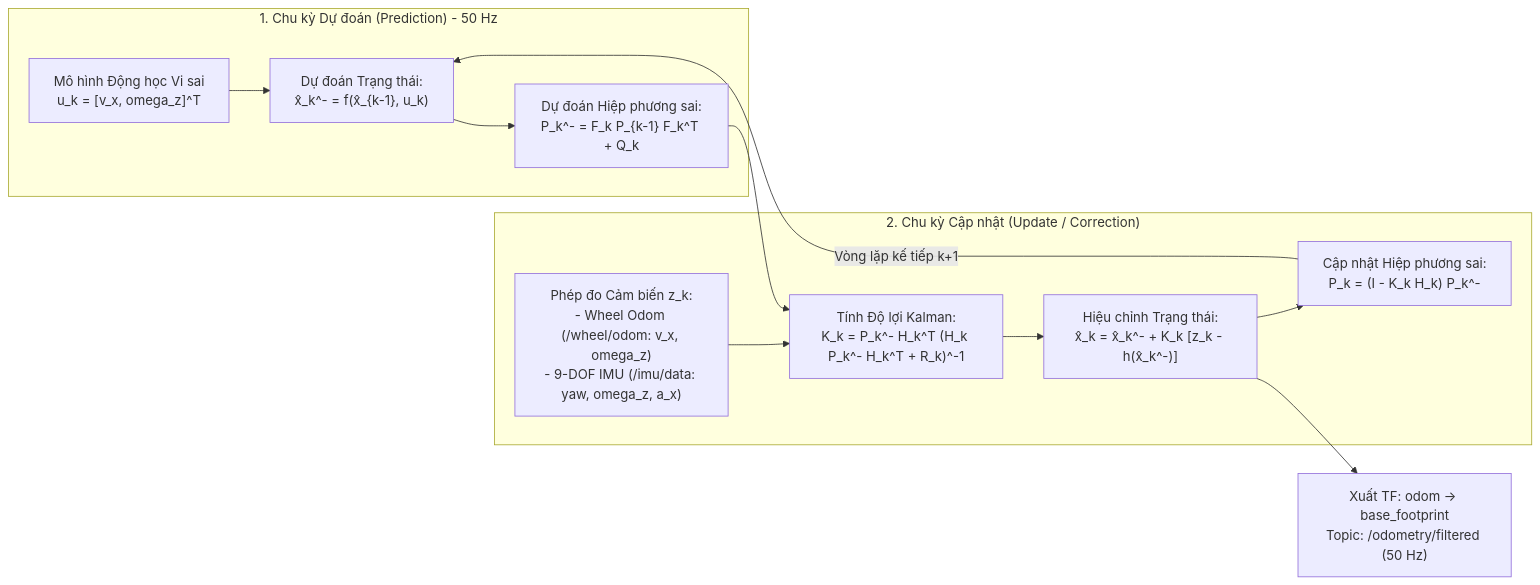
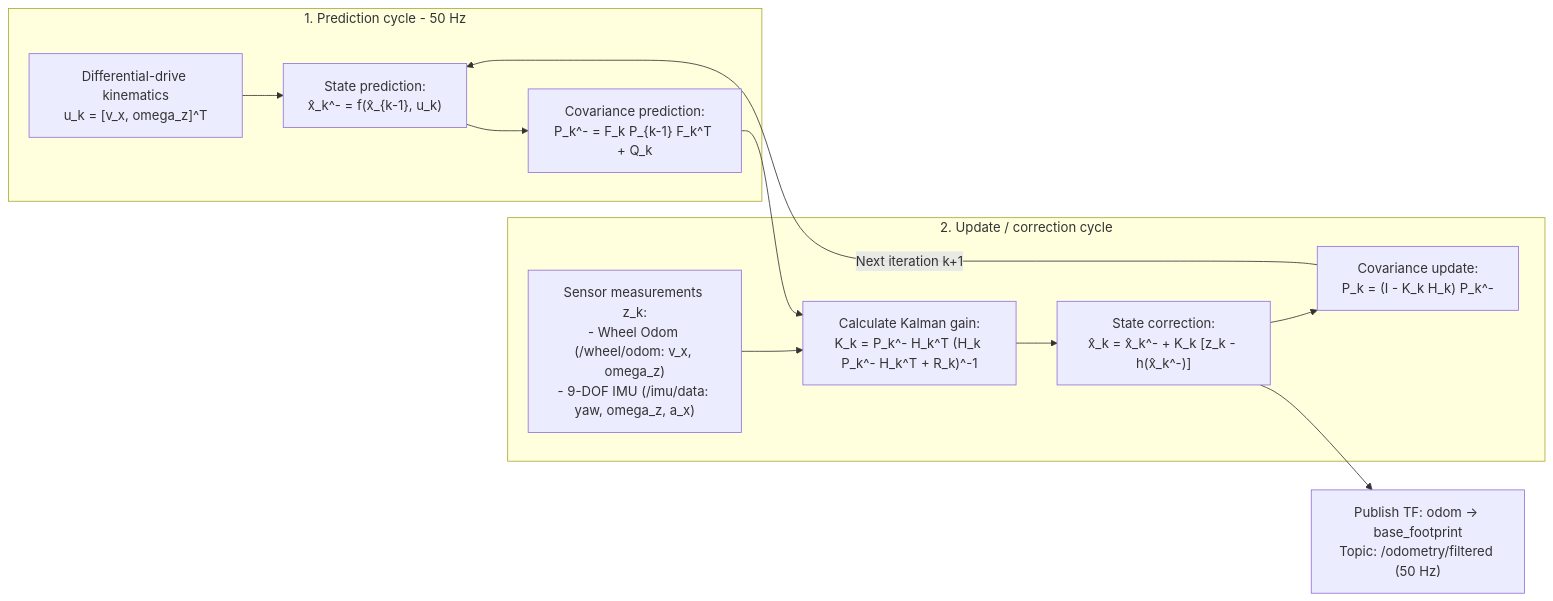
One commit to dquang05/capstone_ros2 changed the first of 4 diagrams in docs/AMR_ALGORITHM.md. Above: the diagram before and after it, drawn with Mermaid. The commit also changed other lines of this file and 7 other files, not shown here.

````diff
--- a/docs/AMR_ALGORITHM.md
+++ b/docs/AMR_ALGORITHM.md
@@ -15,17 +15,17 @@
 ```mermaid
 graph LR
-    subgraph PredictStage ["1. Chu kỳ Dự đoán (Prediction) - 50 Hz"]
-        Kinematics["Mô hình Động học Vi sai<br/>u_k = [v_x, omega_z]^T"] --> StatePred["Dự đoán Trạng thái:<br/>x̂_k^- = f(x̂_{k-1}, u_k)"]
-        StatePred --> CovPred["Dự đoán Hiệp phương sai:<br/>P_k^- = F_k P_{k-1} F_k^T + Q_k"]
+    subgraph PredictStage ["1. Prediction cycle - 50 Hz"]
+        Kinematics["Differential-drive kinematics<br/>u_k = [v_x, omega_z]^T"] --> StatePred["State prediction:<br/>x̂_k^- = f(x̂_{k-1}, u_k)"]
+        StatePred --> CovPred["Covariance prediction:<br/>P_k^- = F_k P_{k-1} F_k^T + Q_k"]
     end
 
-    subgraph UpdateStage ["2. Chu kỳ Cập nhật (Update / Correction)"]
-        Sensors["Phép đo Cảm biến z_k:<br/>- Wheel Odom (/wheel/odom: v_x, omega_z)<br/>- 9-DOF IMU (/imu/data: yaw, omega_z, a_x)"] --> Gain["Tính Độ lợi Kalman:<br/>K_k = P_k^- H_k^T (H_k P_k^- H_k^T + R_k)^-1"]
-        Gain --> StateUp["Hiệu chỉnh Trạng thái:<br/>x̂_k = x̂_k^- + K_k [z_k - h(x̂_k^-)]"]
-        StateUp --> CovUp["Cập nhật Hiệp phương sai:<br/>P_k = (I - K_k H_k) P_k^-"]
+    subgraph UpdateStage ["2. Update / correction cycle"]
+        Sensors["Sensor measurements z_k:<br/>- Wheel Odom (/wheel/odom: v_x, omega_z)<br/>- 9-DOF IMU (/imu/data: yaw, omega_z, a_x)"] --> Gain["Calculate Kalman gain:<br/>K_k = P_k^- H_k^T (H_k P_k^- H_k^T + R_k)^-1"]
+        Gain --> StateUp["State correction:<br/>x̂_k = x̂_k^- + K_k [z_k - h(x̂_k^-)]"]
+        StateUp --> CovUp["Covariance update:<br/>P_k = (I - K_k H_k) P_k^-"]
     end
 
     CovPred --> Gain
-    CovUp -->|Vòng lặp kế tiếp k+1| StatePred
-    StateUp --> OutputTF["Xuất TF: odom -> base_footprint<br/>Topic: /odometry/filtered (50 Hz)"]
+    CovUp -->|Next iteration k+1| StatePred
+    StateUp --> OutputTF["Publish TF: odom -> base_footprint<br/>Topic: /odometry/filtered (50 Hz)"]
 ```
````
